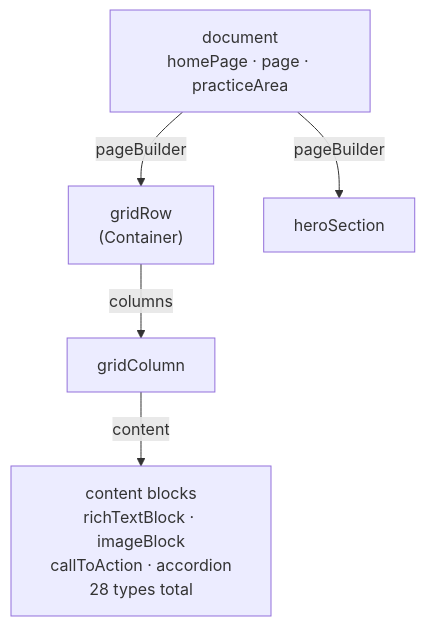
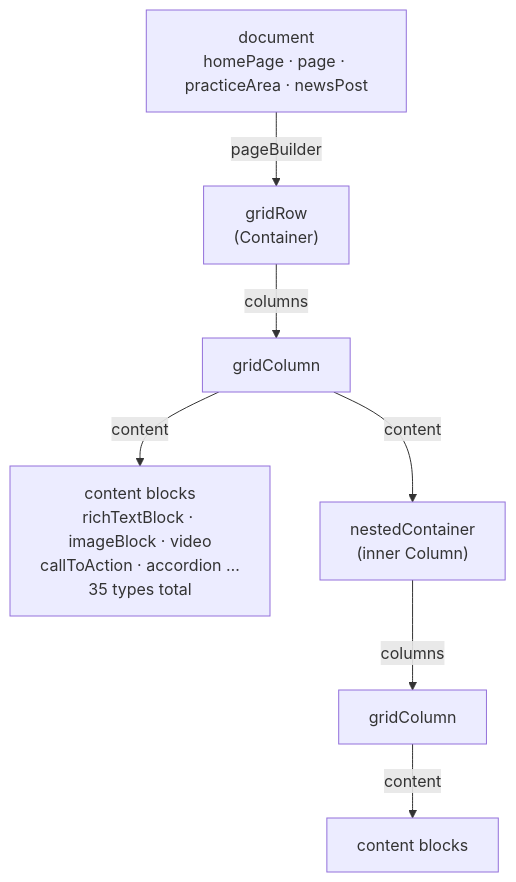
One commit to rjimenez-rrd/sanity-astro-template changed the second of 3 diagrams in ARCHITECTURE.md. Above: the diagram before and after it, drawn with Mermaid. The commit also changed other lines of this file and 3 other files, not shown here.

Commit message:
docs: update architecture and schema documentation to reflect new container structure and additional content blocks

````diff
--- a/ARCHITECTURE.md
+++ b/ARCHITECTURE.md
@@ -55,7 +56,8 @@
 ```mermaid
 flowchart TD
-  DOC[document<br/>homePage · page · practiceArea] -->|pageBuilder| ROW["gridRow<br/>(Container)"]
-  DOC -->|pageBuilder| HERO[heroSection]
+  DOC[document<br/>homePage · page · practiceArea · newsPost] -->|pageBuilder| ROW["gridRow<br/>(Container)"]
   ROW -->|columns| COL[gridColumn]
-  COL -->|content| BLK[content blocks<br/>richTextBlock · imageBlock<br/>callToAction · accordion<br/>28 types total]
+  COL -->|content| BLK[content blocks<br/>richTextBlock · imageBlock · video<br/>callToAction · accordion …<br/>35 types total]
+  COL -->|content| NC["nestedContainer<br/>(inner Column)"]
+  NC -->|columns| COL2[gridColumn] -->|content| BLK2[content blocks]
 ```
````
